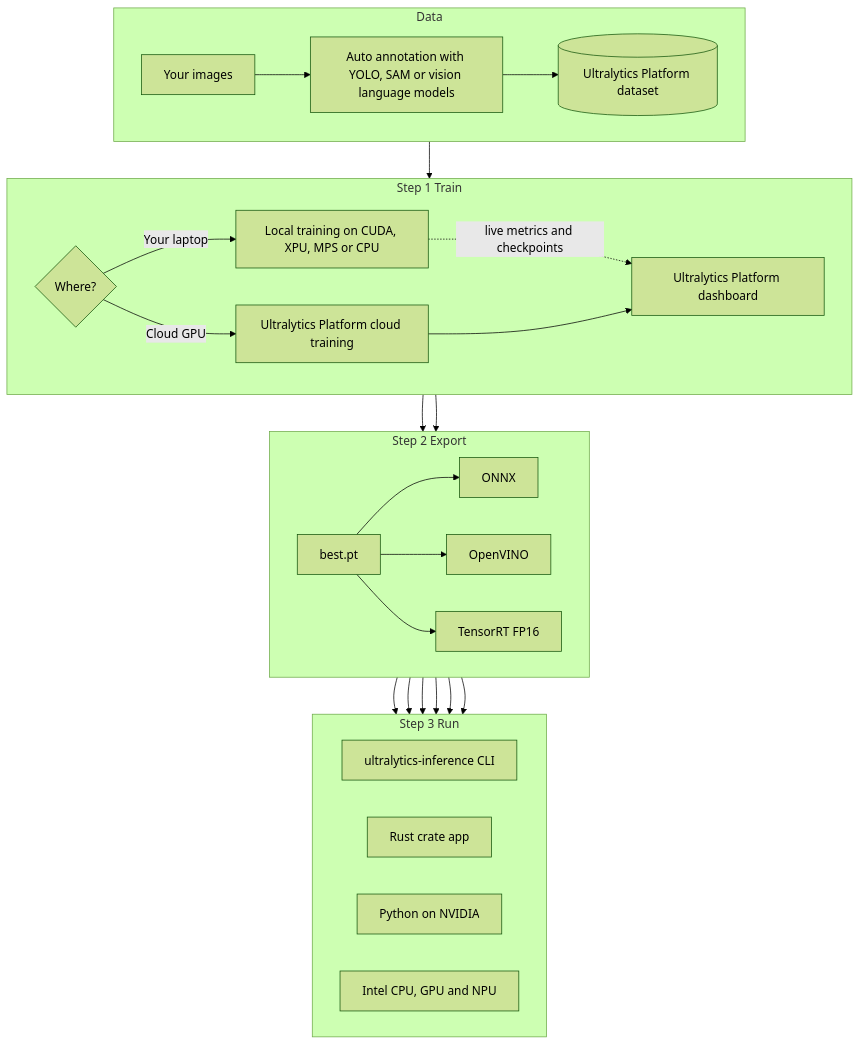
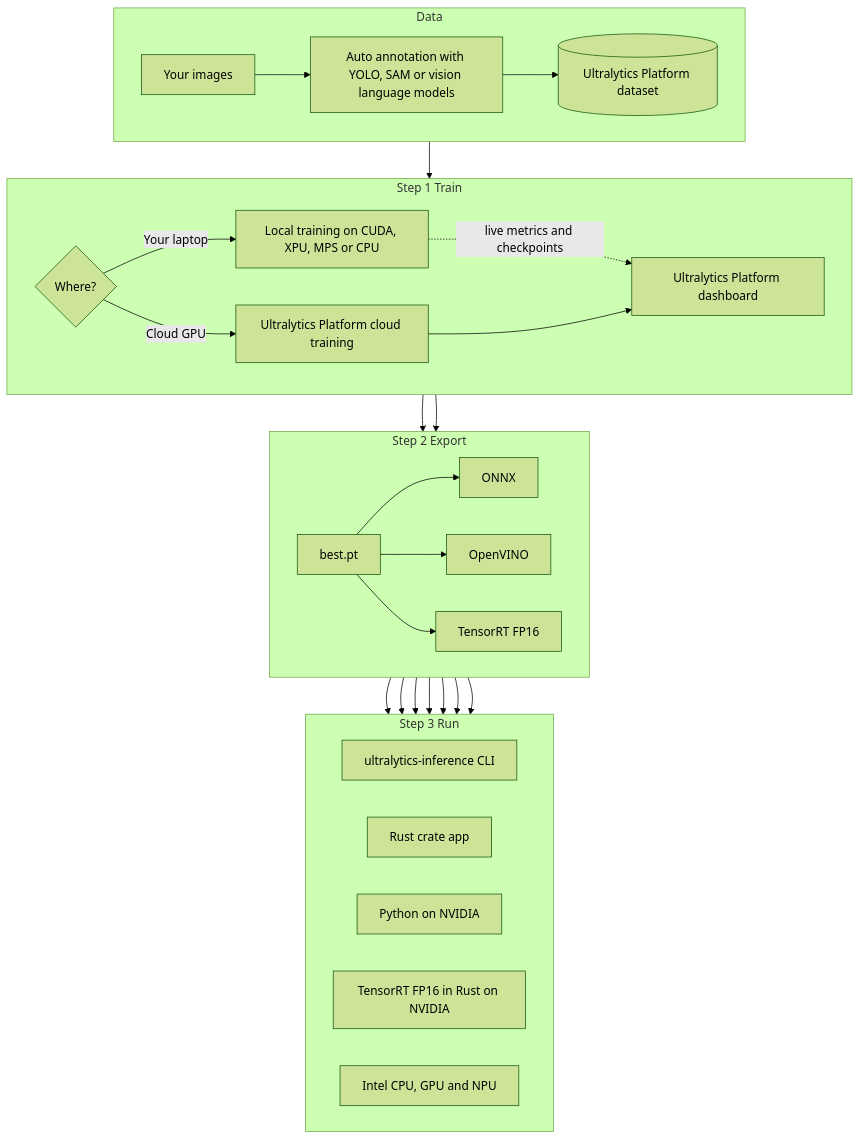
One commit to onuralpszr/gdg-samsun-etkinlik-2026-workshop changed the diagram in README.md. Above: the diagram before and after it, drawn with Mermaid (forest theme). The commit also changed other lines of this file and 2 other files, not shown here.

Commit message:
Document TensorRT FP16 from ONNX in Rust

````diff
--- a/README.md
+++ b/README.md
@@ -46,33 +46,34 @@
 ```mermaid
 flowchart TB
     subgraph Data["Data"]
         direction LR
         A[Your images] --> B[Auto annotation with YOLO, SAM or vision language models]
         B --> C[(Ultralytics Platform dataset)]
     end
     subgraph Train["Step 1 Train"]
         direction LR
         C --> D{Where?}
         D -->|Cloud GPU| E[Ultralytics Platform cloud training]
         D -->|Your laptop| F[Local training on CUDA, XPU, MPS or CPU]
         F -.->|live metrics and checkpoints| G[Ultralytics Platform dashboard]
         E --> G
     end
     subgraph Export["Step 2 Export"]
         direction LR
         G --> H[best.pt]
         F --> H
         H --> I[ONNX]
         H --> J[OpenVINO]
         H --> K[TensorRT FP16]
     end
     subgraph Run["Step 3 Run"]
         direction LR
         I --> L[ultralytics-inference CLI]
         J --> L
         I --> M[Rust crate app]
         J --> M
         K --> N[Python on NVIDIA]
+        I --> P[TensorRT FP16 in Rust on NVIDIA]
         J --> O[Intel CPU, GPU and NPU]
     end
 ```
````
